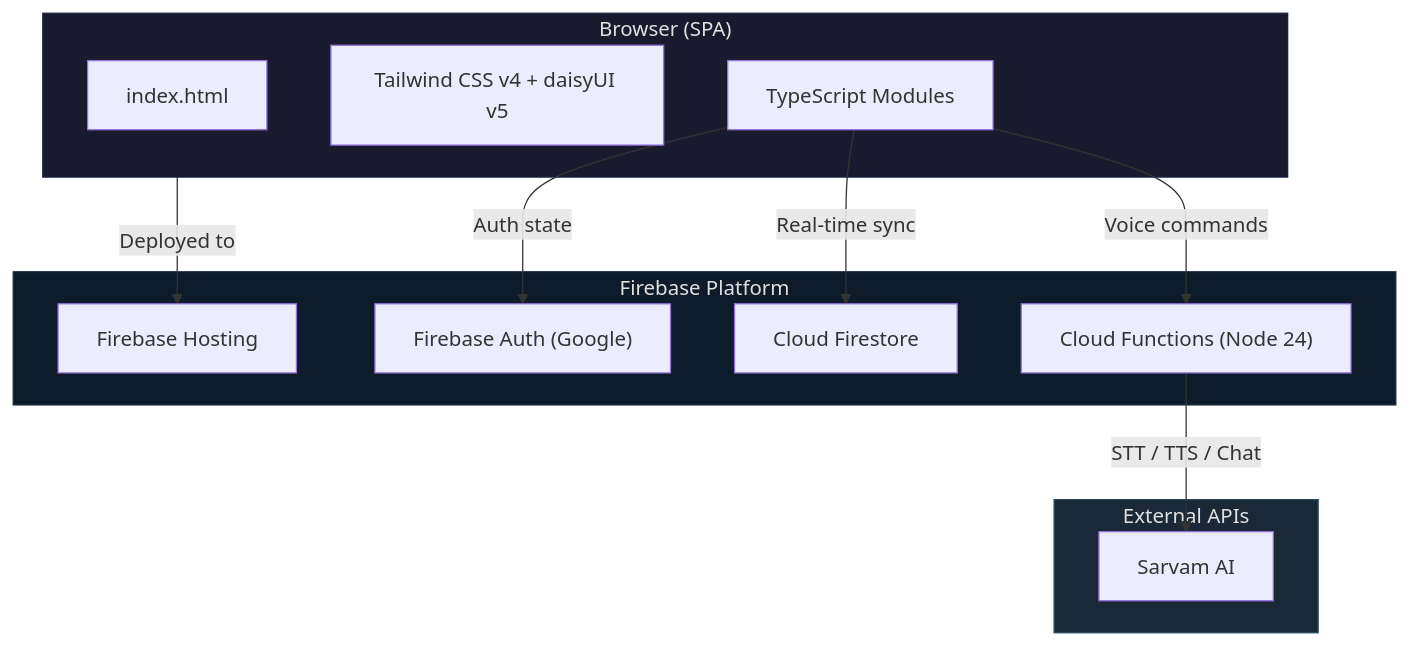
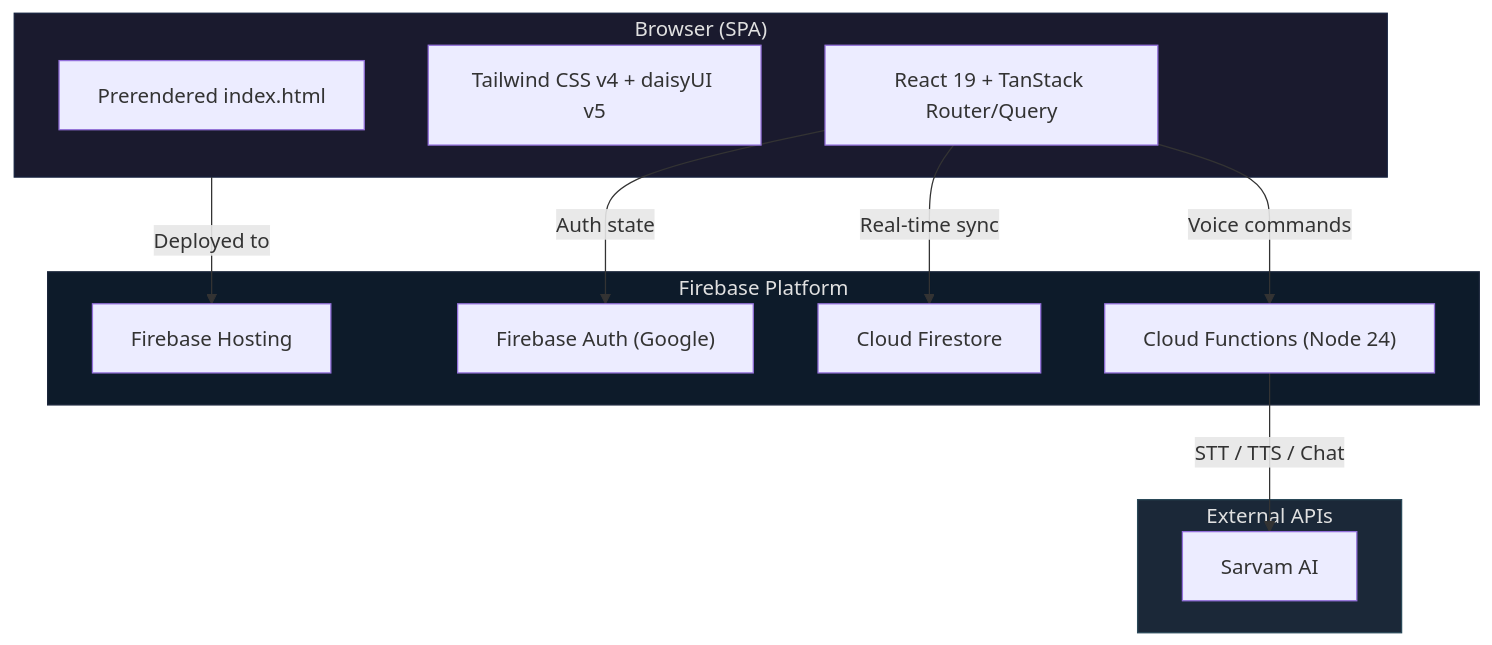
One commit to nsudhanva/shopping changed the first of 7 diagrams in README.md. Above: the diagram before and after it, drawn with Mermaid. The commit also changed other lines of this file and 44 other files, not shown here.

````diff
--- a/README.md
+++ b/README.md
@@ -27,29 +27,29 @@
 ```mermaid
 graph TB
     subgraph Client["Browser (SPA)"]
-        HTML["index.html"]
+        HTML["Prerendered index.html"]
         CSS["Tailwind CSS v4 + daisyUI v5"]
-        TS["TypeScript Modules"]
+        TS["React 19 + TanStack Router/Query"]
     end
 
     subgraph Firebase["Firebase Platform"]
         Hosting["Firebase Hosting"]
         Auth["Firebase Auth (Google)"]
         Firestore["Cloud Firestore"]
         Functions["Cloud Functions (Node 24)"]
     end
 
     subgraph External["External APIs"]
         Sarvam["Sarvam AI"]
     end
 
     Client -->|Deployed to| Hosting
     TS -->|Auth state| Auth
     TS -->|Real-time sync| Firestore
     TS -->|Voice commands| Functions
     Functions -->|STT / TTS / Chat| Sarvam
 
     style Client fill:#1a1a2e,stroke:#16213e,color:#e0e0e0
     style Firebase fill:#0d1b2a,stroke:#1b263b,color:#e0e0e0
     style External fill:#1b2838,stroke:#2a4858,color:#e0e0e0
 ```
````
